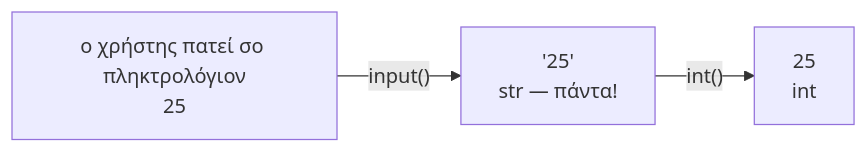
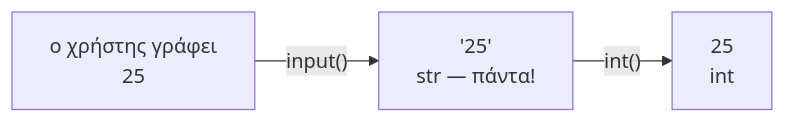
Before and after one commit to zafeirakopoulos/pliroforiki: the fourth of 5 diagrams in week1.qmd, drawn with Mermaid. The commit also changed other lines of this file, not shown here.

````diff
--- a/week1.qmd
+++ b/week1.qmd
@@ -263,5 +263,5 @@
 ```{mermaid}
 flowchart LR
-    kb["ο χρήστης πατεί σο πληκτρολόγιον<br>25"] -->|"input()"| s["'25'<br>str — πάντα!"]
+    kb["ο χρήστης γράφει<br>25"] -->|"input()"| s["'25'<br>str — πάντα!"]
     s -->|"int()"| n["25<br>int"]
 ```
````
